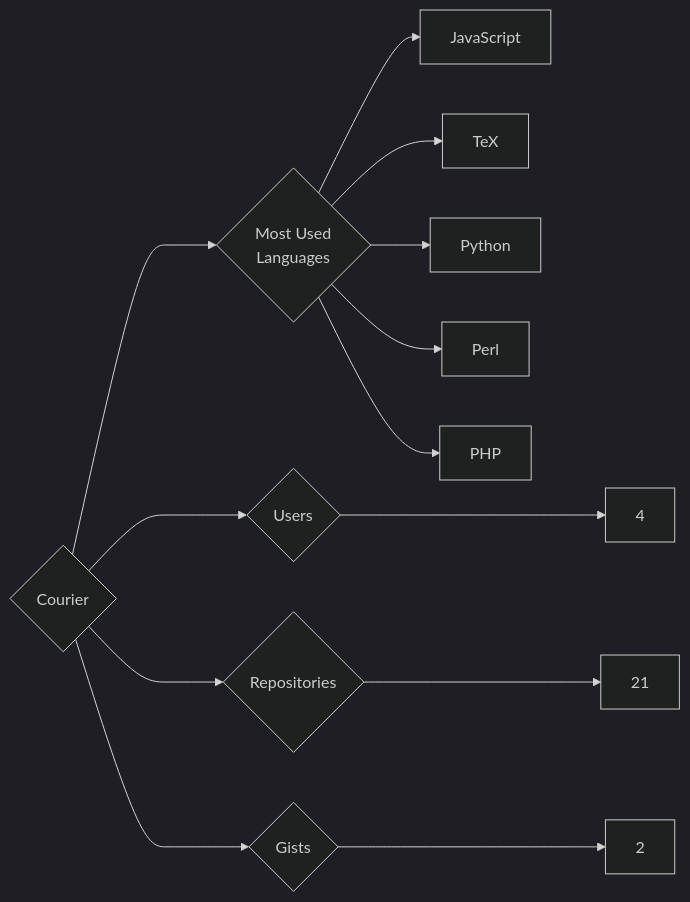
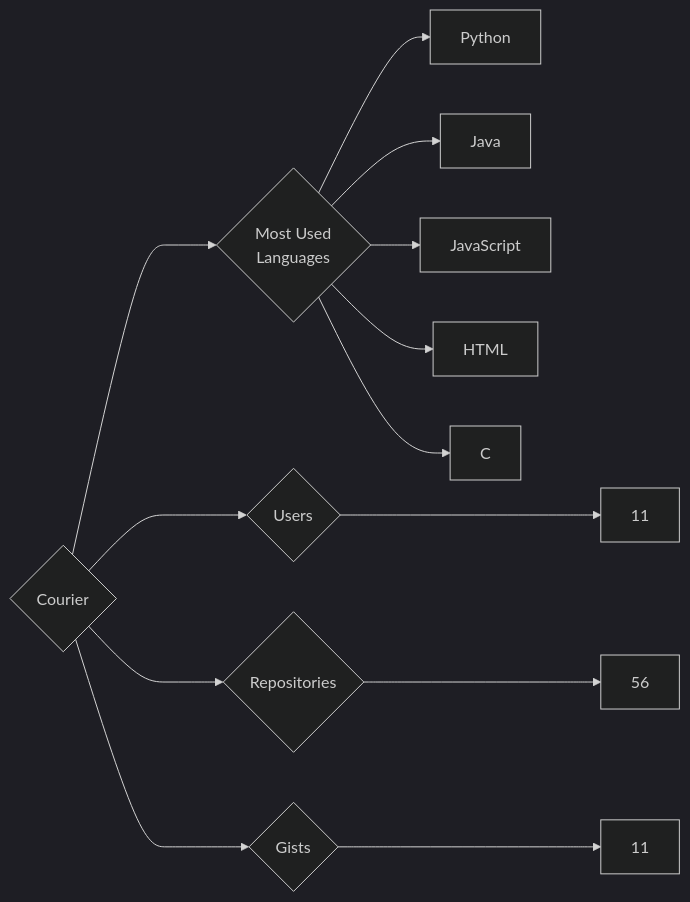
One commit to trickest/insiders changed the diagram in targets/Courier/README.md. Above: the diagram before and after it, drawn with Mermaid (dark theme). The commit also changed 1238 other files, not shown here.

````diff
--- a/targets/Courier/README.md
+++ b/targets/Courier/README.md
@@ -3,13 +3,13 @@
 ```mermaid
 graph LR
 COMPANY_NAME{Courier}
-COMPANY_NAME ---> U{Users} ---> UN[4]
-COMPANY_NAME ---> R{Repositories} ---> RN[21]
-COMPANY_NAME ---> G{Gists} ---> GN[2]
+COMPANY_NAME ---> U{Users} ---> UN[11]
+COMPANY_NAME ---> R{Repositories} ---> RN[56]
+COMPANY_NAME ---> G{Gists} ---> GN[11]
 COMPANY_NAME ---> ML{Most Used<br>Languages}
+ML --> Python[Python]
+ML --> Java[Java]
 ML --> JavaScript[JavaScript]
-ML --> TeX[TeX]
-ML --> Python[Python]
-ML --> Perl[Perl]
-ML --> PHP[PHP]
+ML --> HTML[HTML]
+ML --> C[C]
 ```
````
